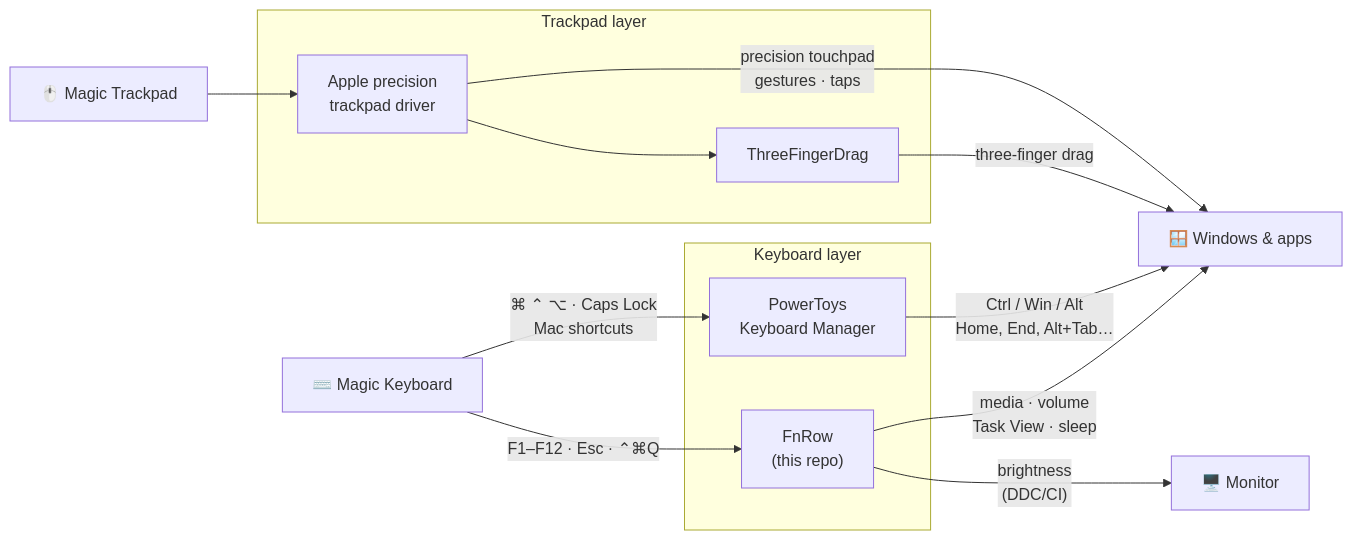
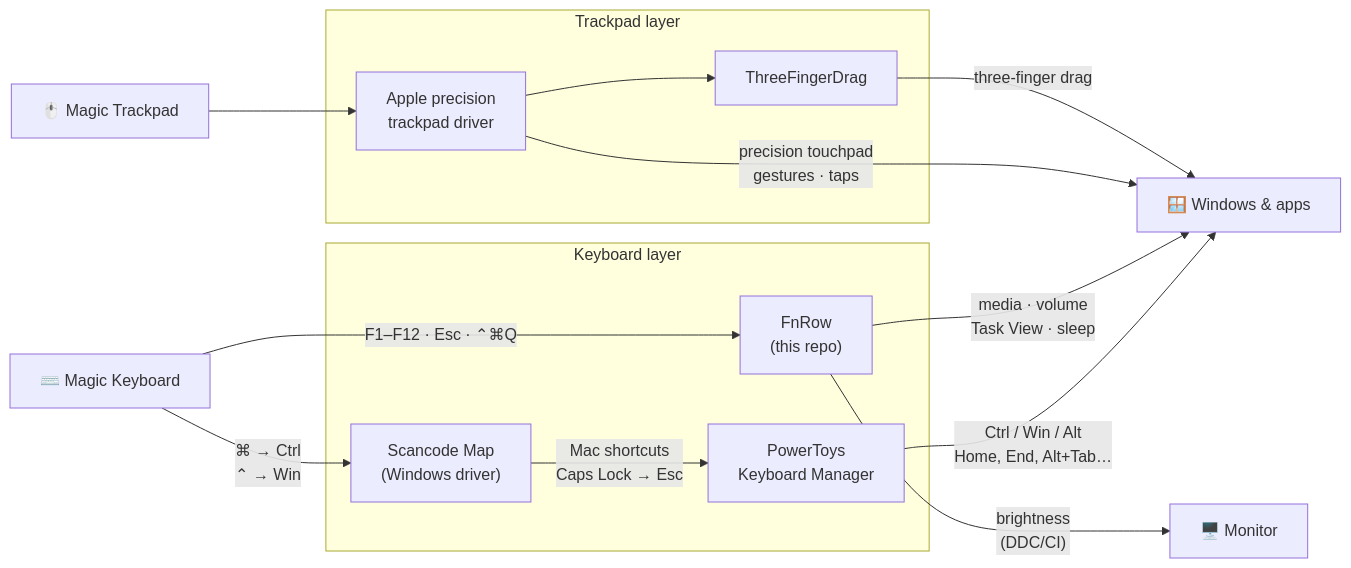
Before and after one commit to pbhusari/magic-keyboard-for-windows: the diagram in README.md, drawn with Mermaid. The commit also changed other lines of this file and 3 other files, not shown here.

First line of the commit message:
Swap Command/Control with a Scancode Map instead of PowerToys

````diff
--- a/README.md
+++ b/README.md
@@ -29,26 +29,28 @@
 ```mermaid
 flowchart LR
     KB["⌨️ Magic Keyboard"]
     TP["🖱️ Magic Trackpad"]
 
     subgraph keys ["Keyboard layer"]
+        SM["Scancode Map<br/>(Windows driver)"]
         PT["PowerToys<br/>Keyboard Manager"]
         FR["FnRow<br/>(this repo)"]
     end
 
     subgraph touch ["Trackpad layer"]
         DRV["Apple precision<br/>trackpad driver"]
         TFD["ThreeFingerDrag"]
     end
 
-    KB -- "⌘ ⌃ ⌥ · Caps Lock<br/>Mac shortcuts" --> PT
+    KB -- "⌘ → Ctrl<br/>⌃ → Win" --> SM
+    SM -- "Mac shortcuts<br/>Caps Lock → Esc" --> PT
     KB -- "F1–F12 · Esc · ⌃⌘Q" --> FR
     PT -- "Ctrl / Win / Alt<br/>Home, End, Alt+Tab…" --> APPS["🪟 Windows & apps"]
     FR -- "media · volume<br/>Task View · sleep" --> APPS
     FR -- "brightness<br/>(DDC/CI)" --> MON["🖥️ Monitor"]
 
     TP --> DRV
     DRV -- "precision touchpad<br/>gestures · taps" --> APPS
     DRV --> TFD
     TFD -- "three-finger drag" --> APPS
 ```
````
